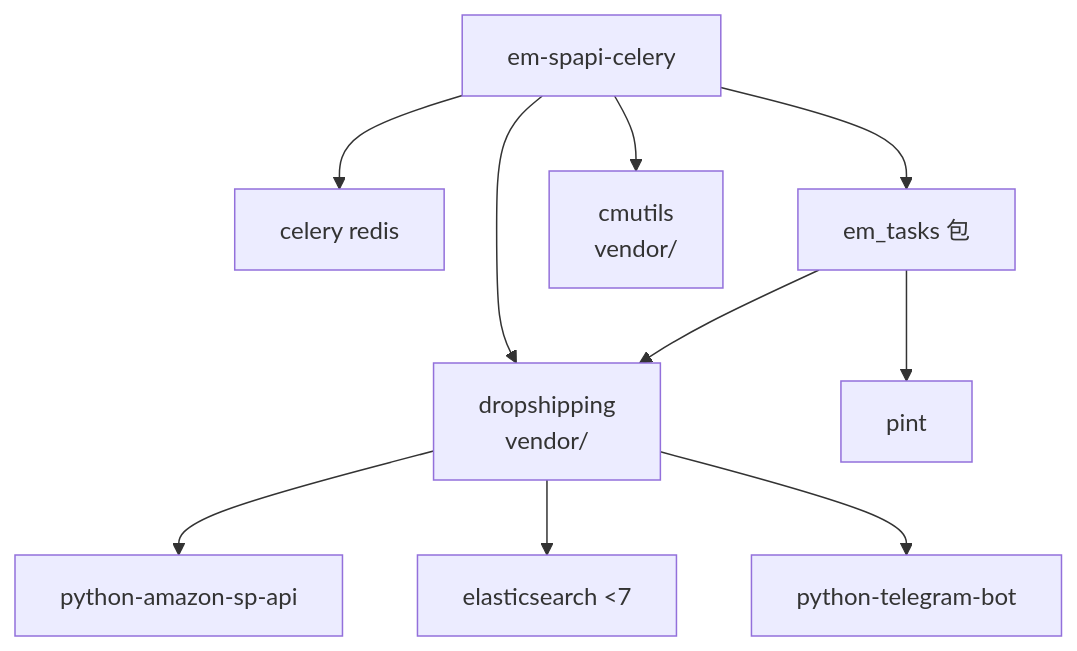
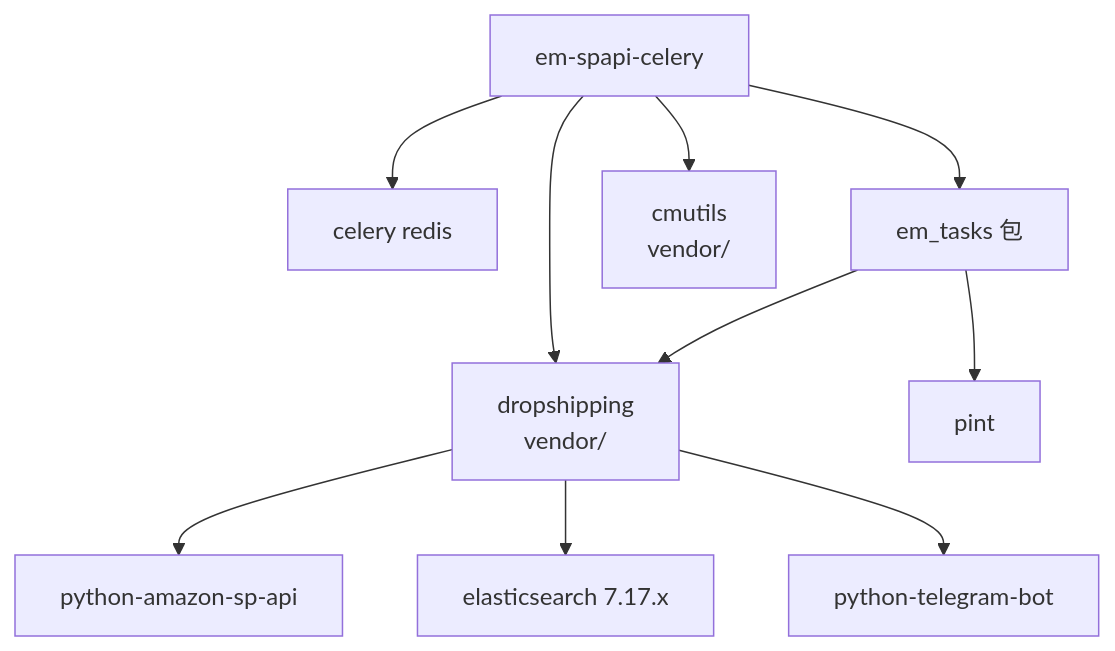
One commit to AriseshineSky/em-spapi-celery changed the ninth of 9 diagrams in docs/TECHNICAL.md. Above: the diagram before and after it, drawn with Mermaid. The commit also changed other lines of this file and 35 other files, not shown here.

````diff
--- a/docs/TECHNICAL.md
+++ b/docs/TECHNICAL.md
@@ -493,14 +508,14 @@
 ```mermaid
 flowchart TB
     ROOT[em-spapi-celery]
     ROOT --> CELERY[celery redis]
     ROOT --> EM_TASKS[em_tasks 包]
     ROOT --> DS[dropshipping<br/>vendor/]
     ROOT --> CM[cmutils<br/>vendor/]
 
     DS --> SPAPI_LIB[python-amazon-sp-api]
-    DS --> ES_LIB[elasticsearch &lt;7]
+    DS --> ES_LIB[elasticsearch 7.17.x]
     DS --> TG[python-telegram-bot]
     EM_TASKS --> DS
     EM_TASKS --> PINT[pint]
 ```
````
